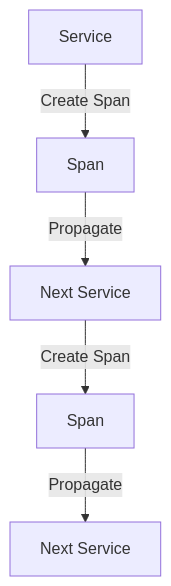
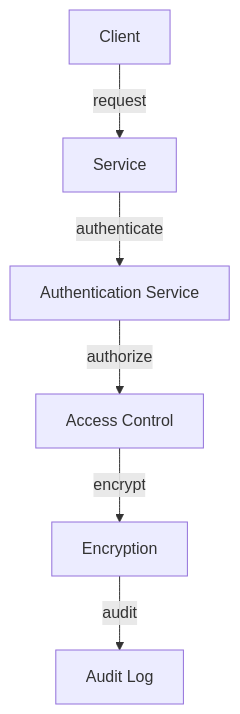
The fourth of 5 diagrams in docs/blogs/Building_Scalable_Microservices_with_Nodejs_and_gRPC_Part_2.md (baaghinitesh/dailly-notes), drawn with Mermaid before and after one commit. The commit also changed other lines of this file and 5 other files, not shown here.

````diff
--- a/docs/blogs/Building_Scalable_Microservices_with_Nodejs_and_gRPC_Part_2.md
+++ b/docs/blogs/Building_Scalable_Microservices_with_Nodejs_and_gRPC_Part_2.md
@@ -52,7 +65,8 @@
 ```mermaid
 flowchart TD
-    A[Service] -->|Create Span| B[Span]
-    B -->|Propagate| C[Next Service]
-    C -->|Create Span| D[Span]
-    D -->|Propagate| E[Next Service]
+    A[Client] -->|request| B[Service]
+    B -->|authenticate| C[Authentication Service]
+    C -->|authorize| D[Access Control]
+    D -->|encrypt| E[Encryption]
+    E -->|audit| F[Audit Log]
 ```
````
